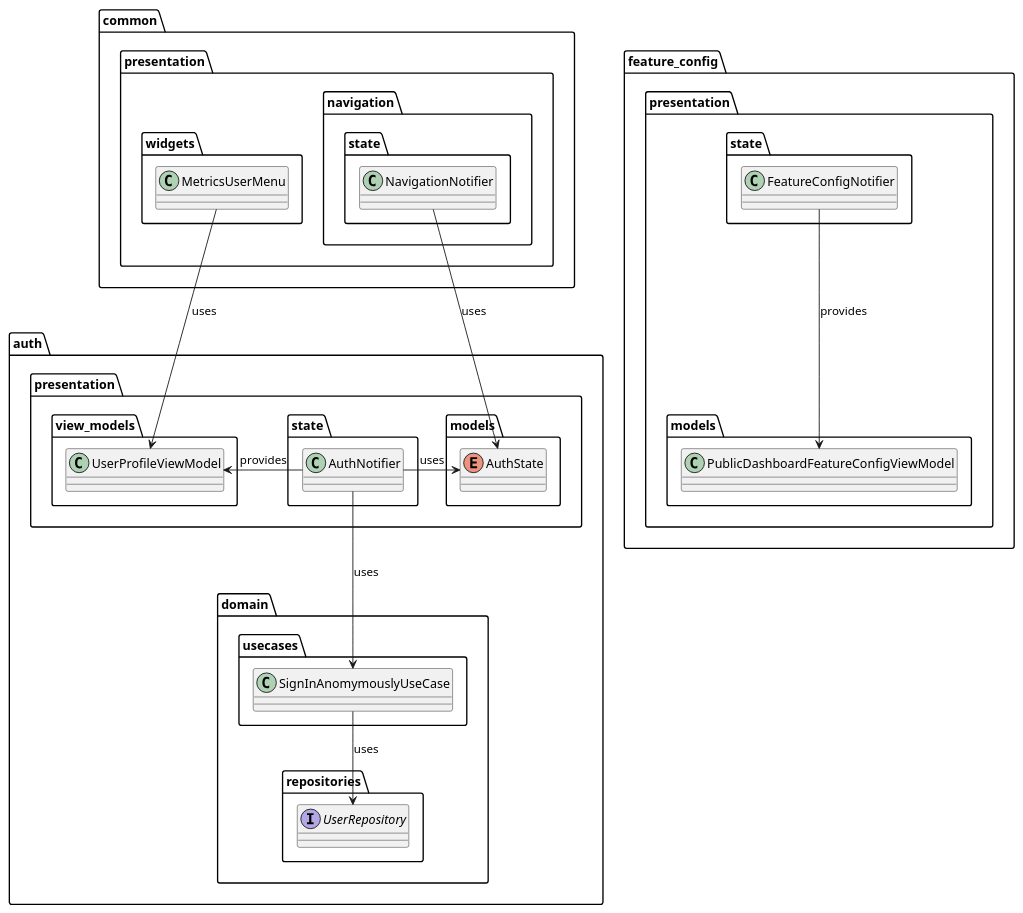
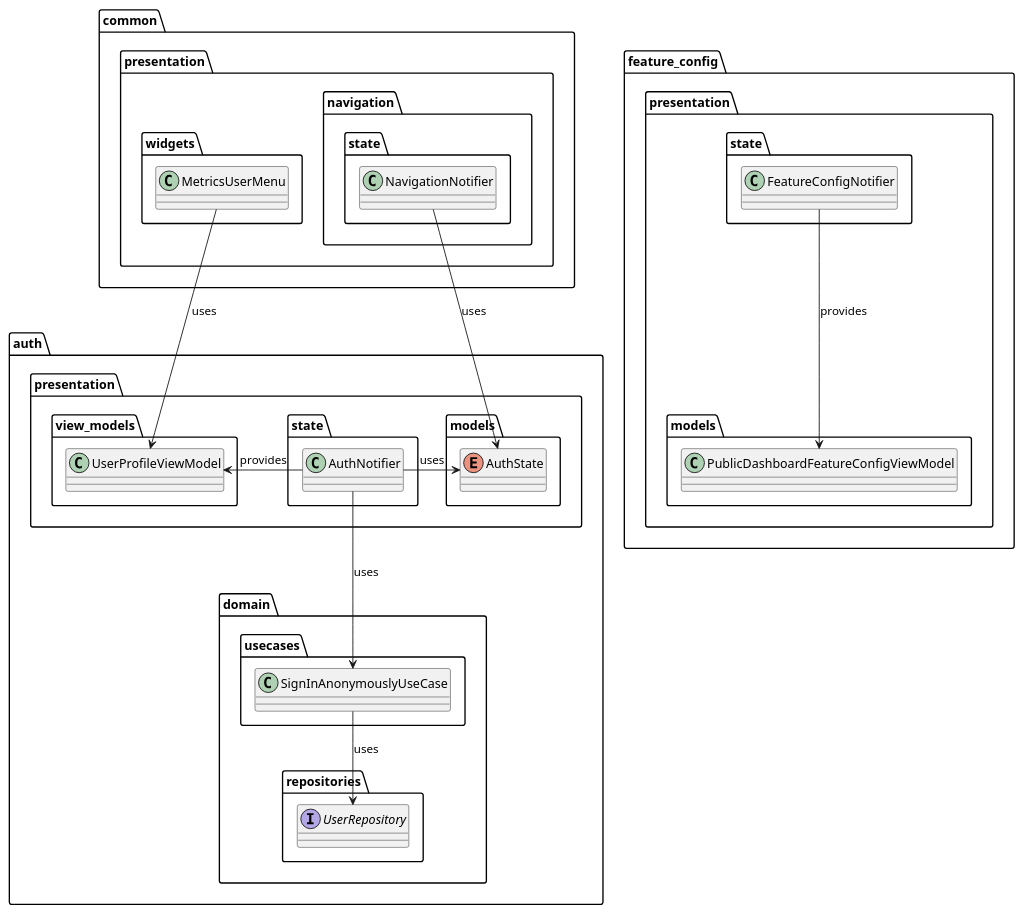
Before and after one commit to Flank/flank-dashboard: the diagram in metrics/web/docs/features/public_dashboard/diagrams/public_dashboard_architecture_class.puml, drawn with PlantUML. The commit also changed 3 other files, not shown here.

Commit message:
Implement sequence diagram

```diff
--- a/metrics/web/docs/features/public_dashboard/diagrams/public_dashboard_architecture_class.puml
+++ b/metrics/web/docs/features/public_dashboard/diagrams/public_dashboard_architecture_class.puml
@@ -1,62 +1,62 @@
 @startuml public_dashboard_architecture_class
 
 package feature_config.presentation {
     package models {
         class PublicDashboardFeatureConfigViewModel {}
     }
 
     package state {
         class FeatureConfigNotifier {}
     }
 }
 
 package auth {
     package domain {
         package usecases {
-            class SignInAnomymouslyUseCase {}
+            class SignInAnonymouslyUseCase {}
         }
 
         package repositories {
             interface UserRepository {}
         }
     }
 
     package presentation as auth.presentation {
         package models as auth.presentation.models {
             enum AuthState {}
         }
 
 
         package state as auth.presentation.state {
             class AuthNotifier {}
         }
 
         package view_models as auth.presentation.view_models {
             class UserProfileViewModel {}
         }
     }
 }
 
 package common.presentation {
     package widgets as common.presentation.widgets {
         class MetricsUserMenu {}
     }
 
     package navigation.state {
         class NavigationNotifier {}
     }
 }
 
 
 FeatureConfigNotifier --> PublicDashboardFeatureConfigViewModel : provides
 
 AuthNotifier -left-> UserProfileViewModel : provides
-AuthNotifier --> SignInAnomymouslyUseCase : uses
+AuthNotifier --> SignInAnonymouslyUseCase : uses
 AuthNotifier -right-> AuthState : uses
 
-SignInAnomymouslyUseCase --> UserRepository : uses
+SignInAnonymouslyUseCase --> UserRepository : uses
 
 MetricsUserMenu --> UserProfileViewModel : uses
 NavigationNotifier --> AuthState : uses
 
 @enduml
```
